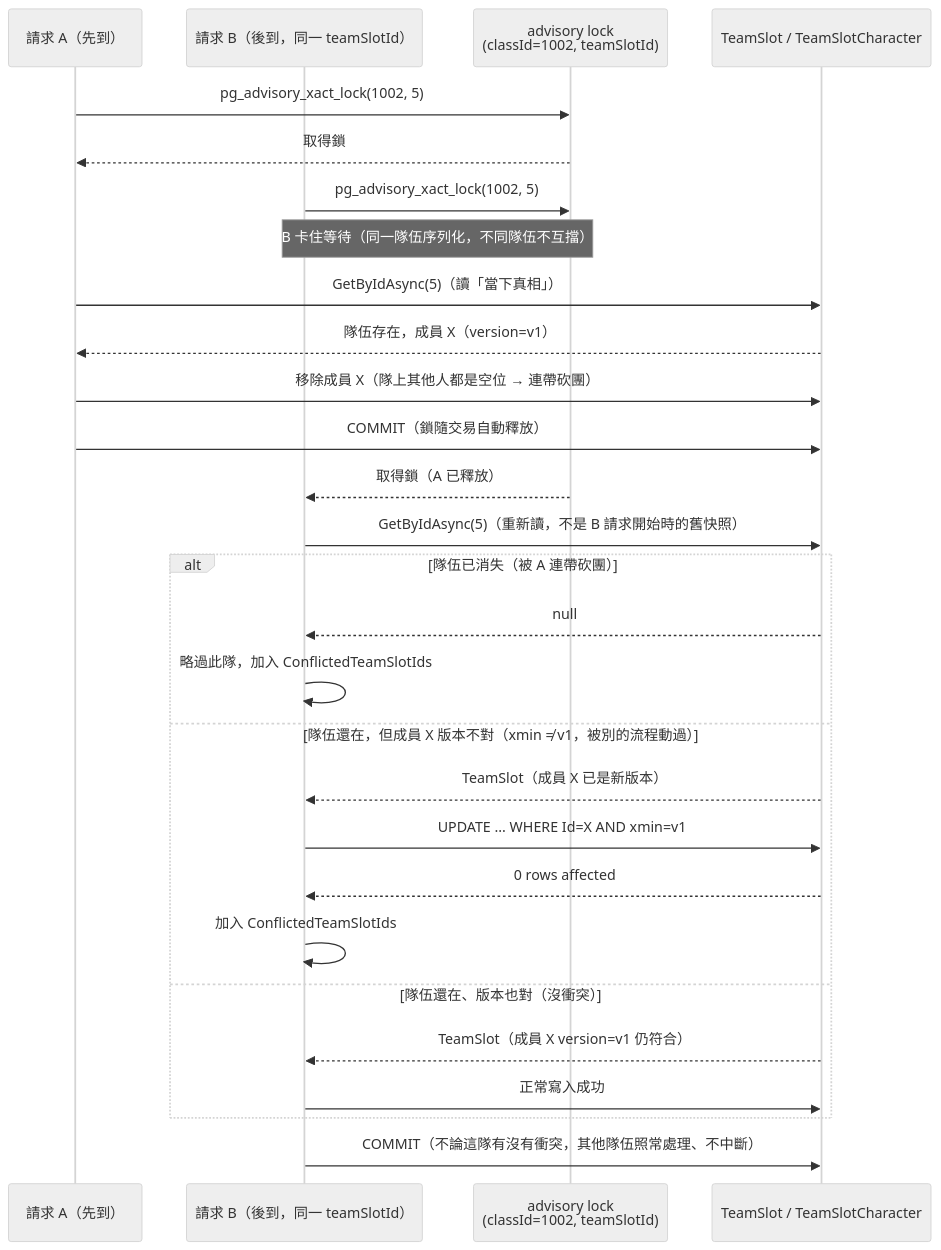
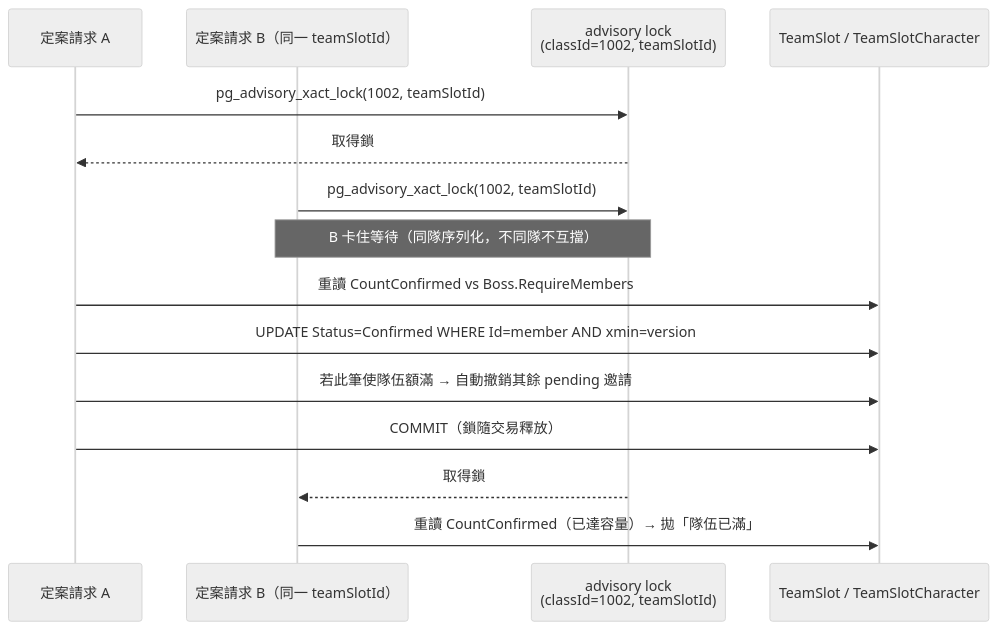
Before and after one commit to MinMiss5678/MapleStoryRaidScheduler: the sixth of 11 diagrams in docs/architecture.md, drawn with Mermaid (neutral theme). The commit also changed other lines of this file and 4 other files, not shown here.

````diff
--- a/docs/architecture.md
+++ b/docs/architecture.md
@@ -420,35 +419,18 @@
 ```mermaid
 sequenceDiagram
-    participant A as 請求 A（先到）
-    participant B as 請求 B（後到，同一 teamSlotId）
+    participant A as 定案請求 A
+    participant B as 定案請求 B（同一 teamSlotId）
     participant Lock as advisory lock<br/>(classId=1002, teamSlotId)
     participant DB as TeamSlot / TeamSlotCharacter
 
-    A->>Lock: pg_advisory_xact_lock(1002, 5)
+    A->>Lock: pg_advisory_xact_lock(1002, teamSlotId)
     Lock-->>A: 取得鎖
-    B->>Lock: pg_advisory_xact_lock(1002, 5)
-    Note over B,Lock: B 卡住等待（同一隊伍序列化，不同隊伍不互擋）
-
-    A->>DB: GetByIdAsync(5)（讀「當下真相」）
-    DB-->>A: 隊伍存在，成員 X（version=v1）
-    A->>DB: 移除成員 X（隊上其他人都是空位 → 連帶砍團）
-    A->>DB: COMMIT（鎖隨交易自動釋放）
-
-    Lock-->>B: 取得鎖（A 已釋放）
-    B->>DB: GetByIdAsync(5)（重新讀，不是 B 請求開始時的舊快照）
-
-    alt 隊伍已消失（被 A 連帶砍團）
-        DB-->>B: null
-        B->>B: 略過此隊，加入 ConflictedTeamSlotIds
-    else 隊伍還在，但成員 X 版本不對（xmin ≠ v1，被別的流程動過）
-        DB-->>B: TeamSlot（成員 X 已是新版本）
-        B->>DB: UPDATE ... WHERE Id=X AND xmin=v1
-        DB-->>B: 0 rows affected
-        B->>B: 加入 ConflictedTeamSlotIds
-    else 隊伍還在、版本也對（沒衝突）
-        DB-->>B: TeamSlot（成員 X version=v1 仍符合）
-        B->>DB: 正常寫入成功
-    end
-
-    B->>DB: COMMIT（不論這隊有沒有衝突，其他隊伍照常處理、不中斷）
+    B->>Lock: pg_advisory_xact_lock(1002, teamSlotId)
+    Note over B,Lock: B 卡住等待（同隊序列化，不同隊不互擋）
+    A->>DB: 重讀 CountConfirmed vs Boss.RequireMembers
+    A->>DB: UPDATE Status=Confirmed WHERE Id=member AND xmin=version
+    A->>DB: 若此筆使隊伍額滿 → 自動撤銷其餘 pending 邀請
+    A->>DB: COMMIT（鎖隨交易釋放）
+    Lock-->>B: 取得鎖
+    B->>DB: 重讀 CountConfirmed（已達容量）→ 拋「隊伍已滿」
 ```
````
